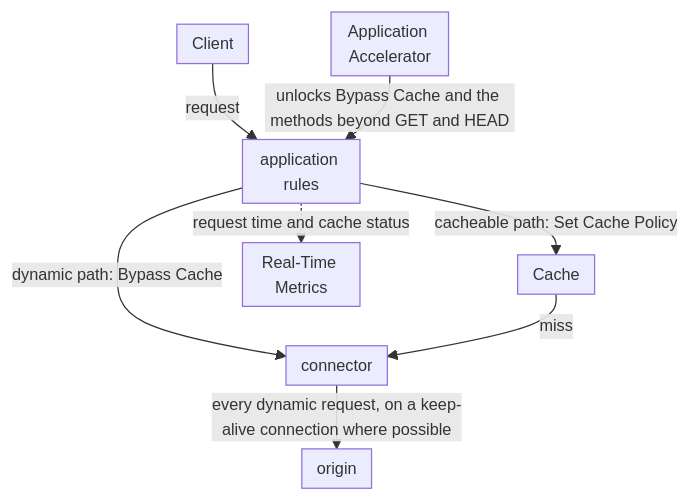
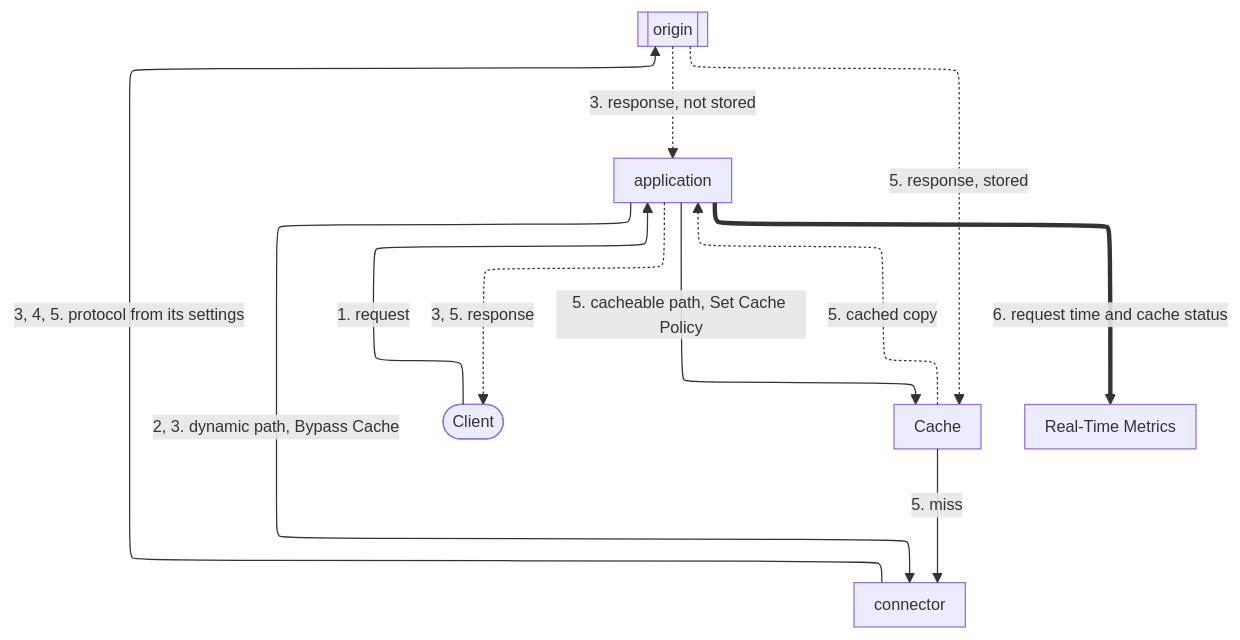
One commit to aziontech/docs changed the diagram in apps/docs/src/content/docs/en/pages/architectures/edge-application/application-acceleration.mdx. Above: the diagram before and after it, drawn with Mermaid. The commit also changed other lines of this file and 179 other files, not shown here.

Commit message:
docs(diagrams): redraw every other diagram in the use-case diagram style (#2513)

````diff
--- a/apps/docs/src/content/docs/en/pages/architectures/edge-application/application-acceleration.mdx
+++ b/apps/docs/src/content/docs/en/pages/architectures/edge-application/application-acceleration.mdx
@@ -18,11 +20,20 @@
 ```mermaid
-%%{init: {"layout": "dagre", "themeVariables": {"fontSize": "13px"}, "flowchart": {"nodeSpacing": 12, "rankSpacing": 12, "padding": 6, "wrappingWidth": 70, "minNodeWidth": 40, "useMaxWidth": true}}}%%
+%%{init: {"layout": "elk", "elk": {"cycleBreakingStrategy": "MODEL_ORDER"}, "themeVariables": {"fontSize": "13px"}, "flowchart": {"nodeSpacing": 24, "rankSpacing": 36, "padding": 8, "wrappingWidth": 150, "useMaxWidth": true}, "sequence": {"width": 120, "actorMargin": 30, "useMaxWidth": true}}}%%
 flowchart TD
-  Client["Client"] -->|"request"| App["application rules"]
-  AA["Application Accelerator"] -->|"unlocks Bypass Cache and the methods beyond GET and HEAD"| App
-  App -->|"dynamic path: Bypass Cache"| Conn["connector"]
-  App -->|"cacheable path: Set Cache Policy"| Cache["Cache"]
-  Cache -->|"miss"| Conn
-  Conn -->|"every dynamic request, on a keep-alive connection where possible"| Origin["origin"]
-  App -.->|"request time and cache status"| RTM["Real-Time Metrics"]
+  Client(["Client"])
+  App["application"]
+  Cache["Cache"]
+  Conn["connector"]
+  Origin[["origin"]]
+  RTM["Real-Time Metrics"]
+  Client -->|"1. request"| App
+  App -->|"2, 3. dynamic path, Bypass Cache"| Conn
+  App -->|"5. cacheable path, Set Cache Policy"| Cache
+  Cache -->|"5. miss"| Conn
+  Conn -->|"3, 4, 5. protocol from its settings"| Origin
+  Origin -.->|"3. response, not stored"| App
+  Origin -.->|"5. response, stored"| Cache
+  Cache -.->|"5. cached copy"| App
+  App -.->|"3, 5. response"| Client
+  App ==>|"6. request time and cache status"| RTM
 ```
````
